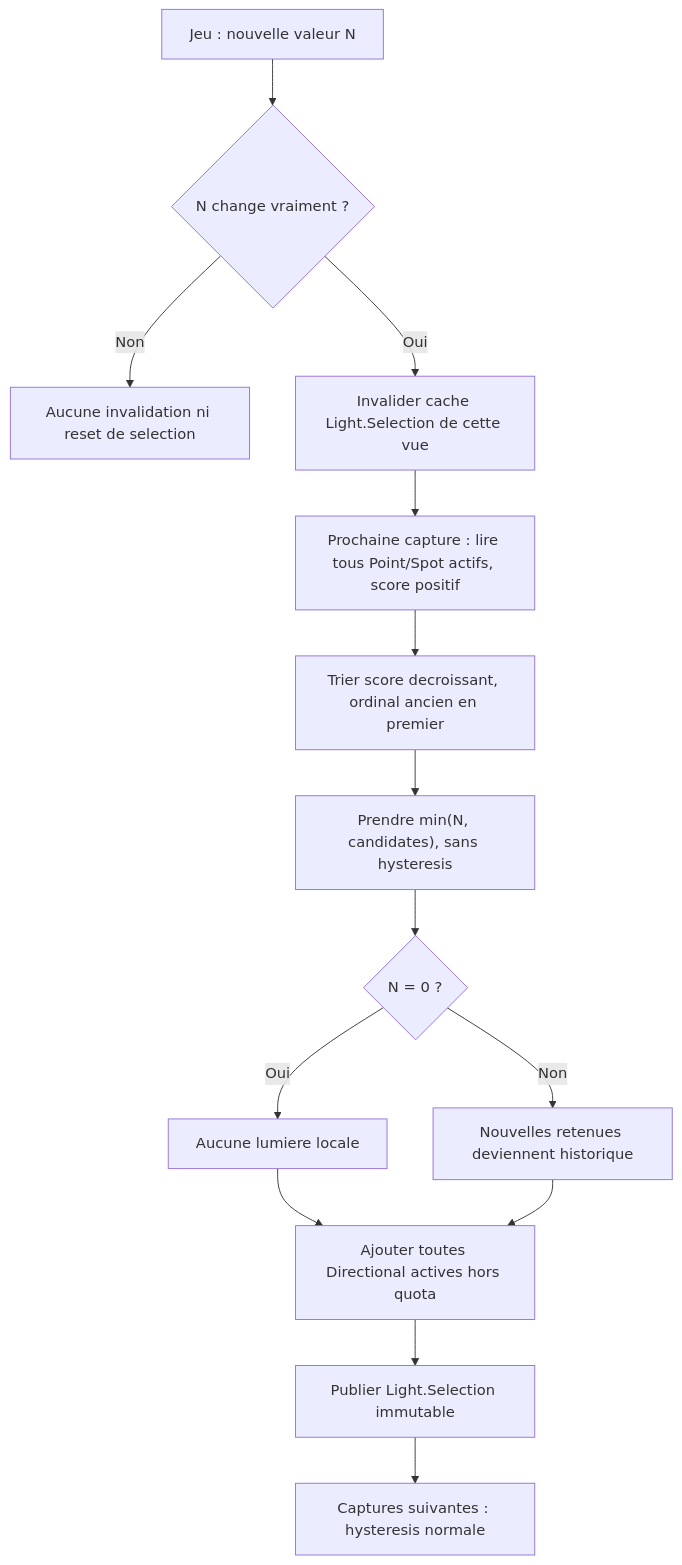
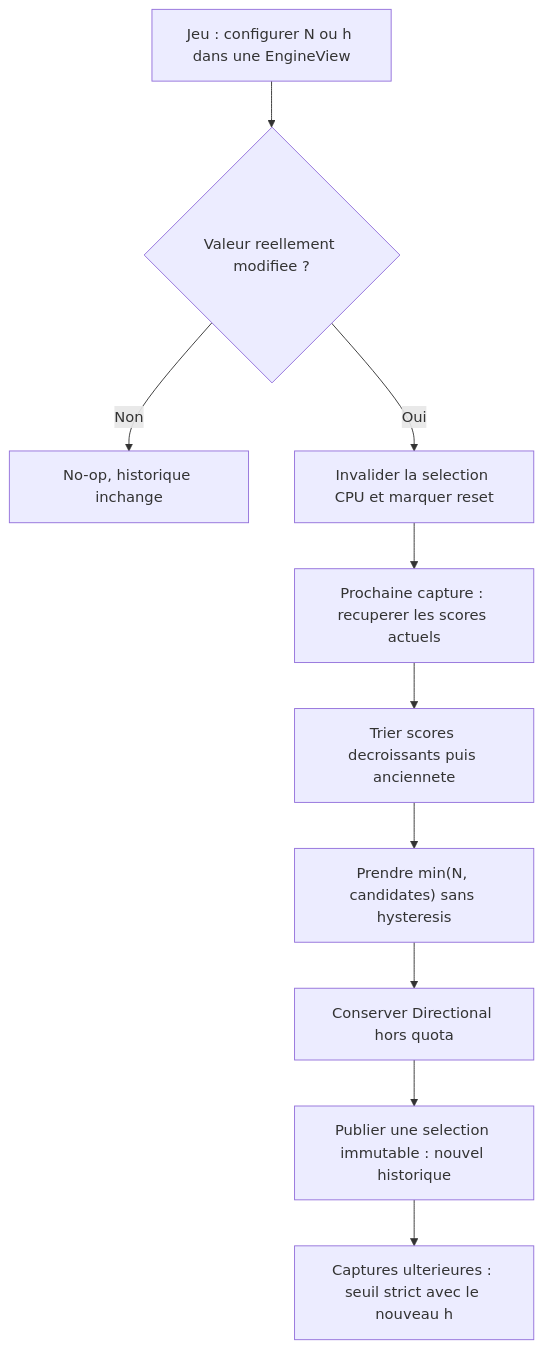
The eighth of 13 diagrams in docs/voxel-engine-v0.1.4/08-lumieres-et-ombres.md (EreliaStudio/Sparkle), drawn with Mermaid before and after one commit. The commit also changed other lines of this file, not shown here.

Commit message:
docs(v0.1.4): h changes reset Top-N using raw score ranking

````diff
--- a/docs/voxel-engine-v0.1.4/08-lumieres-et-ombres.md
+++ b/docs/voxel-engine-v0.1.4/08-lumieres-et-ombres.md
@@ -297,16 +297,12 @@
 ```mermaid
 flowchart TD
-  Change["Jeu : nouvelle valeur N"] --> Diff{"N change vraiment ?"}
-  Diff -->|"Non"| Keep["Aucune invalidation ni reset de selection"]
-  Diff -->|"Oui"| Invalid["Invalider cache Light.Selection de cette vue"]
-  Invalid --> Capture["Prochaine capture : lire tous Point/Spot actifs, score positif"]
-  Capture --> Sort["Trier score decroissant, ordinal ancien en premier"]
-  Sort --> Top["Prendre min(N, candidates), sans hysteresis"]
-  Top --> Local{"N = 0 ?"}
-  Local -->|"Oui"| Zero["Aucune lumiere locale"]
-  Local -->|"Non"| New["Nouvelles retenues deviennent historique"]
-  Zero --> Directional["Ajouter toutes Directional actives hors quota"]
-  New --> Directional
-  Directional --> Publish["Publier Light.Selection immutable"]
-  Publish --> Subsequent["Captures suivantes : hysteresis normale"]
+  Set["Jeu : configurer N ou h dans une EngineView"] --> Diff{"Valeur reellement modifiee ?"}
+  Diff -->|"Non"| Keep["No-op, historique inchange"]
+  Diff -->|"Oui"| Invalidate["Invalider la selection CPU et marquer reset"]
+  Invalidate --> Capture["Prochaine capture : recuperer les scores actuels"]
+  Capture --> Sort["Trier scores decroissants puis anciennete"]
+  Sort --> Top["Prendre min(N, candidates) sans hysteresis"]
+  Top --> Direct["Conserver Directional hors quota"]
+  Direct --> Publish["Publier une selection immutable : nouvel historique"]
+  Publish --> After["Captures ulterieures : seuil strict avec le nouveau h"]
 ```
````
